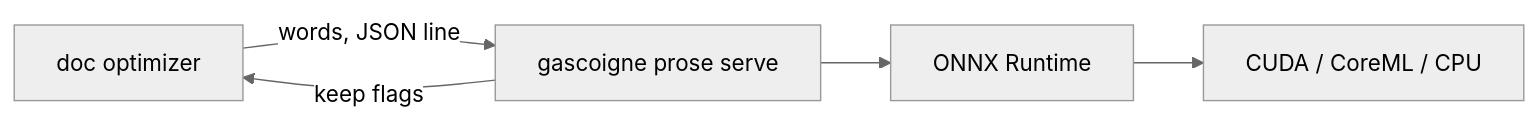
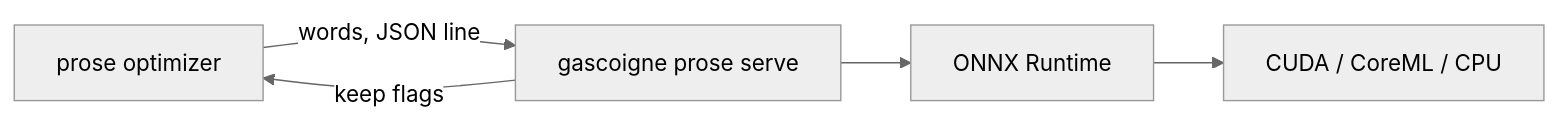
Before and after one commit to gascoigne-ai/gascoigne-cli: the diagram in docs/prose-model.md, drawn with Mermaid (neutral theme). The commit also changed other lines of this file and 22 other files, not shown here.

First line of the commit message:
feat(prose): own optimizer id, status in dashboard and prose status

````diff
--- a/docs/prose-model.md
+++ b/docs/prose-model.md
@@ -11,7 +11,7 @@
 ```mermaid
 flowchart LR
-  D["doc optimizer"] -->|"words, JSON line"| H["gascoigne prose serve"]
+  D["prose optimizer"] -->|"words, JSON line"| H["gascoigne prose serve"]
   H --> O["ONNX Runtime"]
   O --> G["CUDA / CoreML / CPU"]
   H -->|"keep flags"| D
 ```
````
